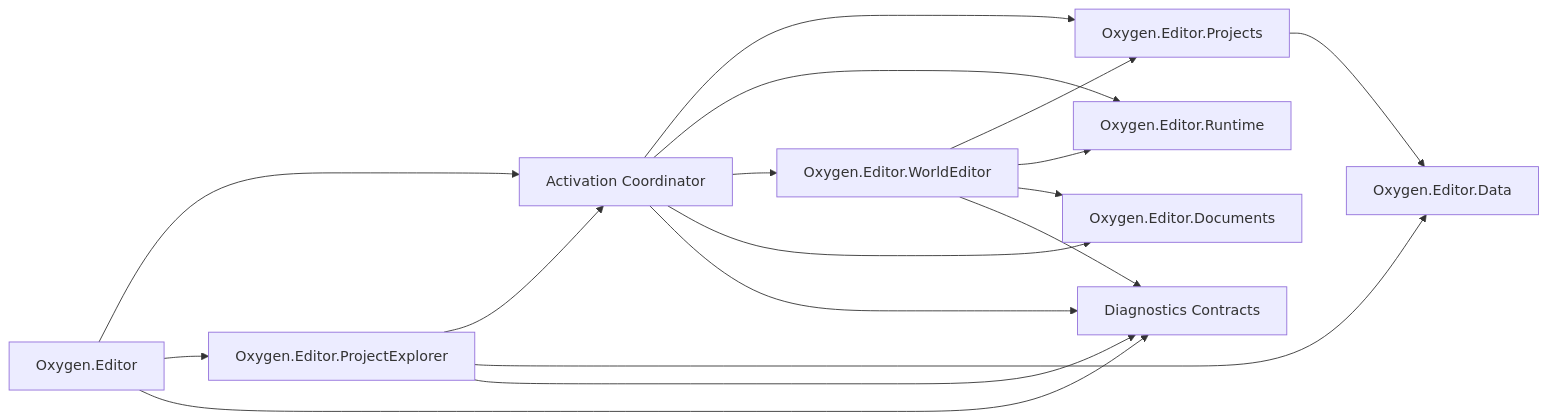
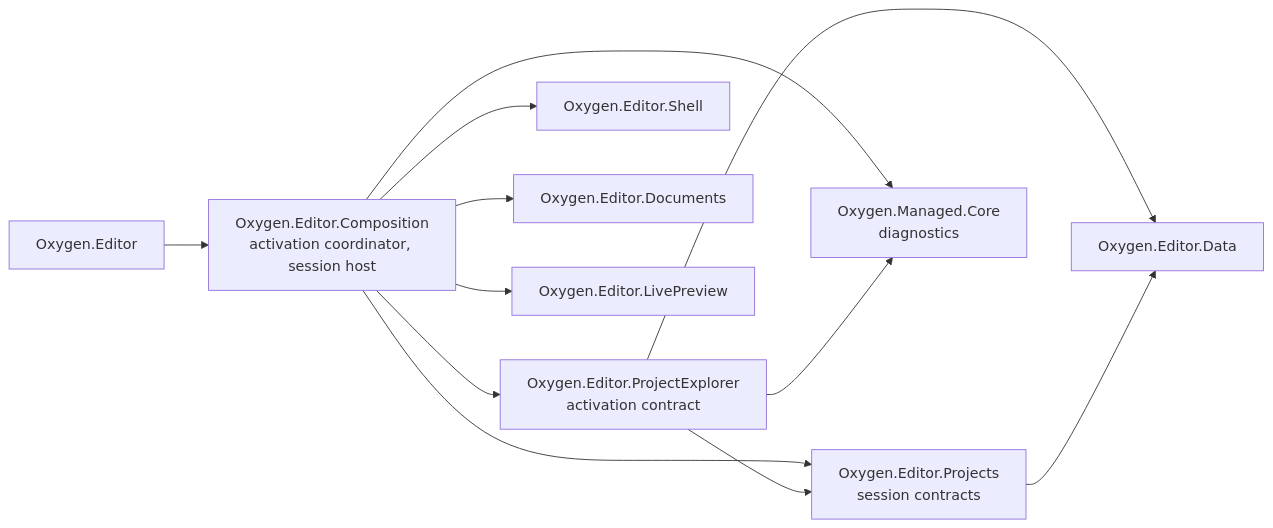
One commit to abdes/DroidNet changed the second of 2 diagrams in design/editor/lld/project-workspace-shell.md. Above: the diagram before and after it, drawn with Mermaid. The commit also changed other lines of this file and 39 other files, not shown here.

First line of the commit message:
docs(editor): state the scope topology and the Shell as designs of their own

````diff
--- a/design/editor/lld/project-workspace-shell.md
+++ b/design/editor/lld/project-workspace-shell.md
@@ -449,29 +429,24 @@
 ```mermaid
 flowchart LR
     Editor[Oxygen.Editor]
-    Coordinator[Activation Coordinator]
-    PB[Oxygen.Editor.ProjectExplorer]
-    Projects[Oxygen.Editor.Projects]
+    Comp[Oxygen.Editor.Composition<br/>activation coordinator, session host]
+    PE[Oxygen.Editor.ProjectExplorer<br/>activation contract]
+    Projects[Oxygen.Editor.Projects<br/>session contracts]
     Data[Oxygen.Editor.Data]
-    Runtime[Oxygen.Editor.Runtime]
-    WE[Oxygen.Editor.WorldEditor]
+    Shell[Oxygen.Editor.Shell]
     Docs[Oxygen.Editor.Documents]
-    Diag[Diagnostics Contracts]
+    Preview[Oxygen.Editor.LivePreview]
+    Diag[Oxygen.Managed.Core<br/>diagnostics]
 
-    Editor --> Coordinator
-    Editor --> PB
-    Editor --> Diag
-    Coordinator --> Projects
-    Coordinator --> Runtime
-    Coordinator --> WE
-    Coordinator --> Docs
-    Coordinator --> Diag
-    PB --> Coordinator
-    PB --> Data
-    PB --> Diag
+    Editor --> Comp
+    Comp --> PE
+    Comp --> Projects
+    Comp --> Shell
+    Comp --> Docs
+    Comp --> Preview
+    Comp --> Diag
+    PE --> Projects
+    PE --> Data
+    PE --> Diag
     Projects --> Data
-    WE --> Projects
-    WE --> Runtime
-    WE --> Docs
-    WE --> Diag
 ```
````
